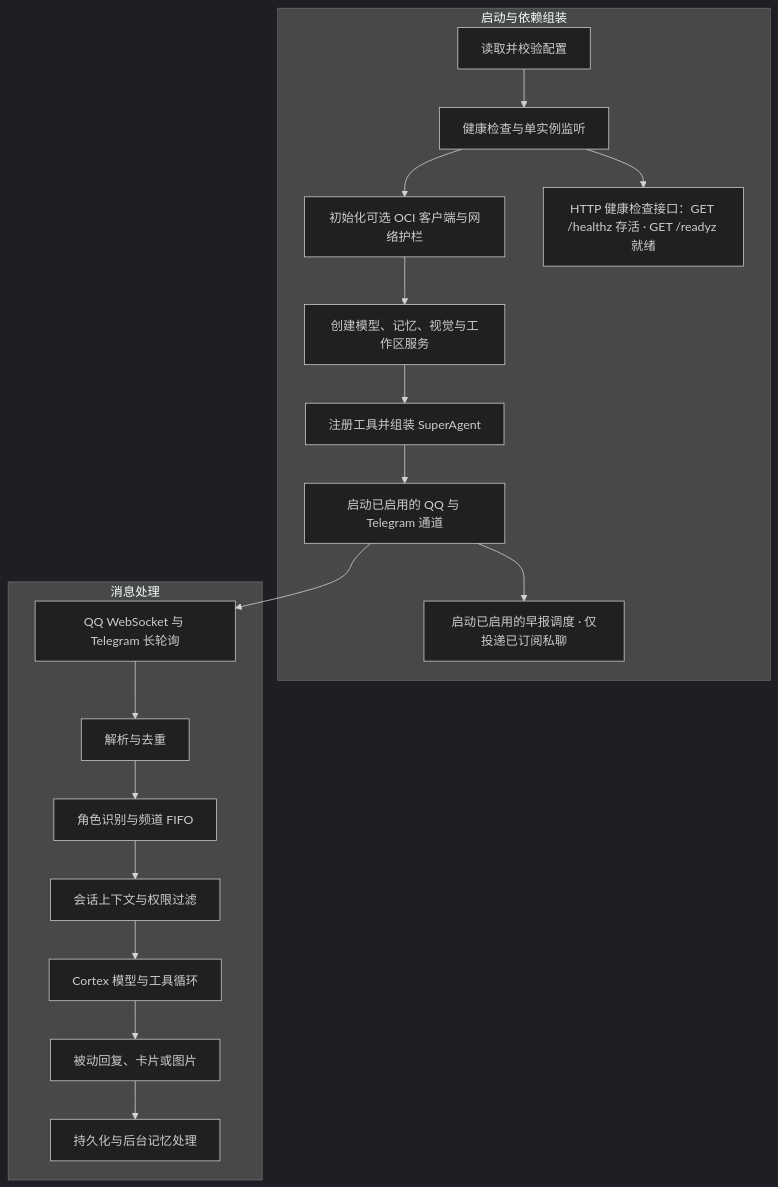
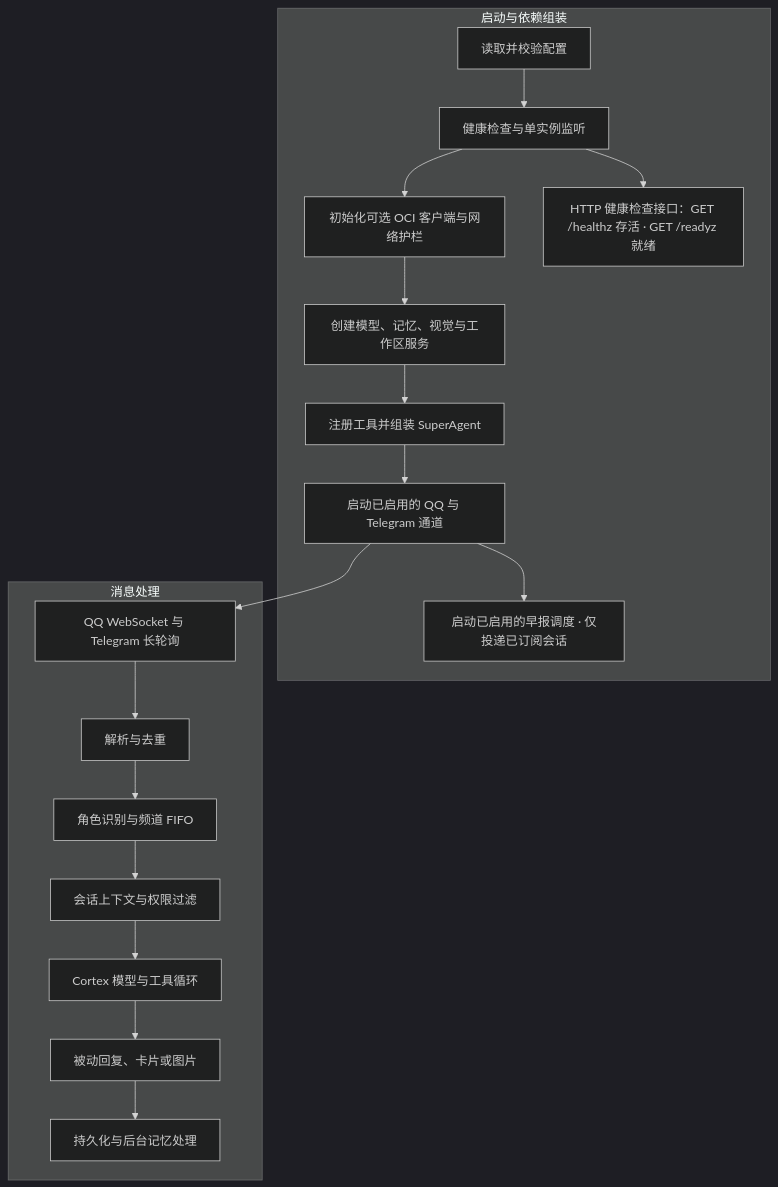
Before and after one commit to Ruixi-rebirth/daidai: the diagram in docs/workflow.md, drawn with Mermaid (dark theme). The commit also changed other lines of this file and 22 other files, not shown here.

````diff
--- a/docs/workflow.md
+++ b/docs/workflow.md
@@ -7,23 +7,23 @@
 ```mermaid
 graph TD
     subgraph Boot [启动与依赖组装]
         A["读取并校验配置"] --> B["健康检查与单实例监听"]
         B --> C["初始化可选 OCI 客户端与网络护栏"]
         C --> D["创建模型、记忆、视觉与工作区服务"]
         D --> E["注册工具并组装 SuperAgent"]
         E --> F["启动已启用的 QQ 与 Telegram 通道"]
-        F --> P["启动已启用的早报调度 · 仅投递已订阅私聊"]
+        F --> P["启动已启用的早报调度 · 仅投递已订阅会话"]
         B --> G["HTTP 健康检查接口：GET /healthz 存活 · GET /readyz 就绪"]
     end
 
     subgraph Message [消息处理]
         H["QQ WebSocket 与 Telegram 长轮询"] --> I["解析与去重"]
         I --> J["角色识别与频道 FIFO"]
         J --> K["会话上下文与权限过滤"]
         K --> L["Cortex 模型与工具循环"]
         L --> M["被动回复、卡片或图片"]
         M --> N["持久化与后台记忆处理"]
     end
 
     F --> H
 ```
````
